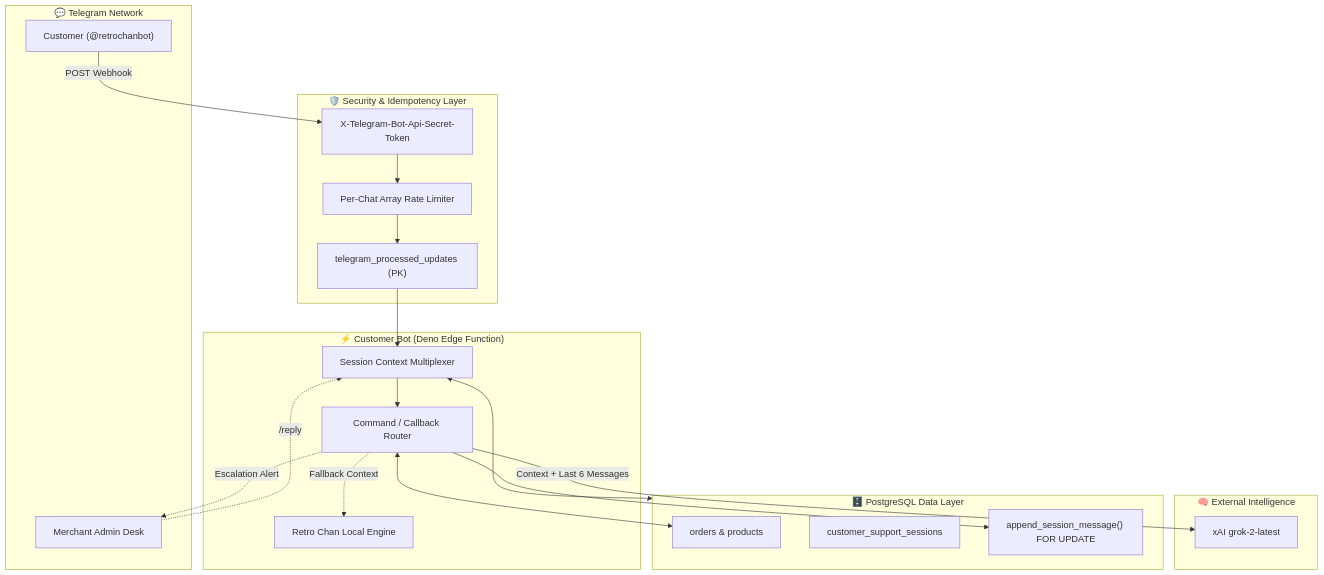
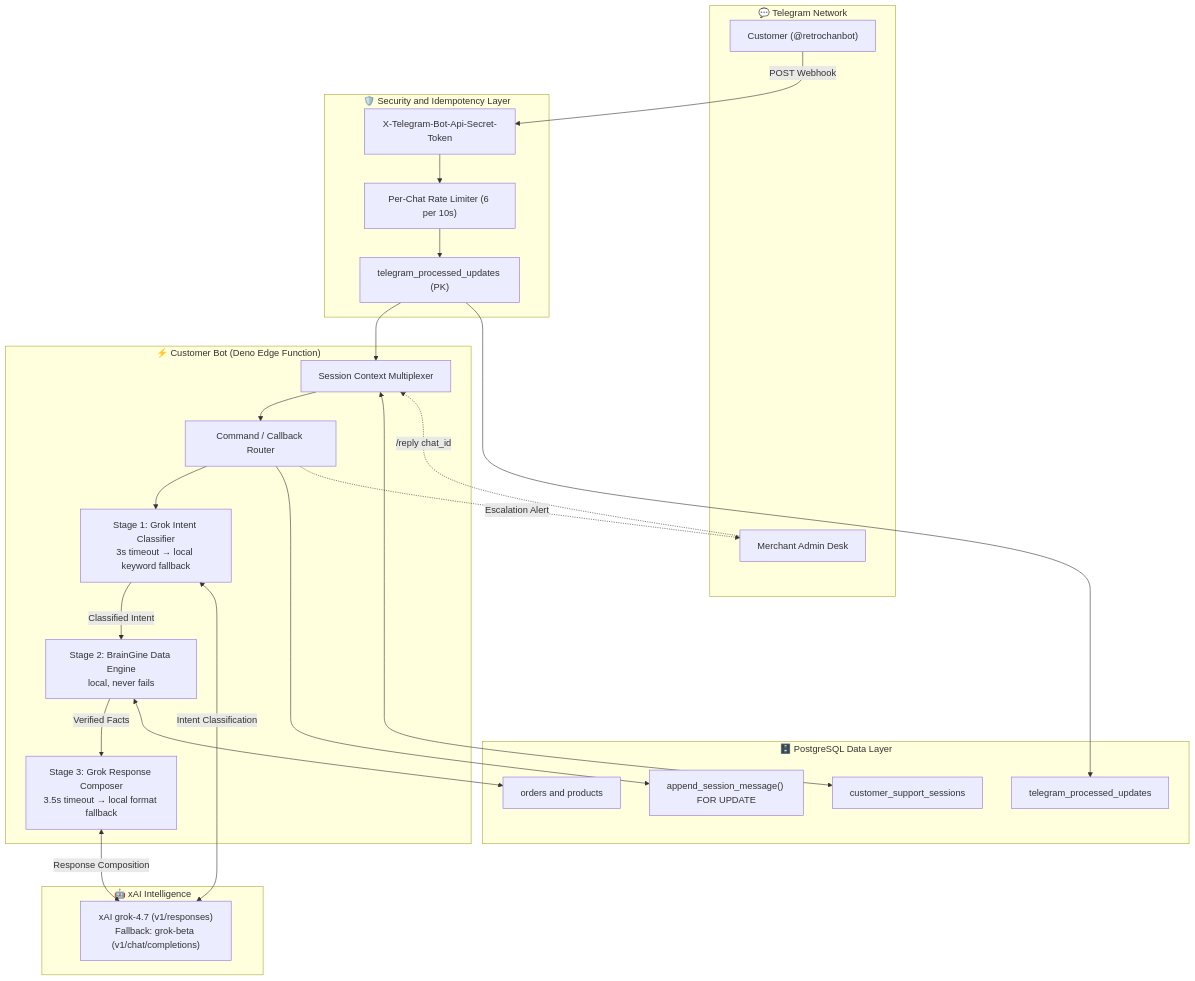
The diagram in supabase/functions/customer-bot/README.md (abirthe/retrohub), drawn with Mermaid before and after one commit. The commit also changed other lines of this file, not shown here.

Commit message:
docs: update customer-bot README to reflect Three-Stage AI Pipeline and Grok 4.7

````diff
--- a/supabase/functions/customer-bot/README.md
+++ b/supabase/functions/customer-bot/README.md
@@ -56,44 +56,48 @@
 ```mermaid
 graph TB
     subgraph Telegram["💬 Telegram Network"]
         Customer["Customer (@retrochanbot)"]
         Admin["Merchant Admin Desk"]
     end
 
-    subgraph Security["🛡️ Security & Idempotency Layer"]
+    subgraph Security["🛡️ Security and Idempotency Layer"]
         Webhook["X-Telegram-Bot-Api-Secret-Token"]
-        RateLimit["Per-Chat Array Rate Limiter"]
+        RateLimit["Per-Chat Rate Limiter (6 per 10s)"]
         Idempotent["telegram_processed_updates (PK)"]
     end
 
     subgraph BotEngine["⚡ Customer Bot (Deno Edge Function)"]
         SessionMux["Session Context Multiplexer"]
         Router["Command / Callback Router"]
-        Fallback["Retro Chan Local Engine"]
+        S1["Stage 1: Grok Intent Classifier\n3s timeout → local keyword fallback"]
+        S2["Stage 2: BrainGine Data Engine\nlocal, never fails"]
+        S3["Stage 3: Grok Response Composer\n3.5s timeout → local format fallback"]
     end
 
-    subgraph AI["🧠 External Intelligence"]
-        Grok["xAI grok-2-latest"]
+    subgraph AI["🤖 xAI Intelligence"]
+        Grok["xAI grok-4.7 (v1/responses)\nFallback: grok-beta (v1/chat/completions)"]
     end
 
     subgraph DB["🗄️ PostgreSQL Data Layer"]
-        Orders["orders & products"]
+        Orders["orders and products"]
         Sessions["customer_support_sessions"]
         RPC["append_session_message() FOR UPDATE"]
+        Updates["telegram_processed_updates"]
     end
 
     Customer -->|POST Webhook| Webhook
     Webhook --> RateLimit --> Idempotent
     Idempotent --> SessionMux
     SessionMux --> Router
-
-    Router -.->|Fallback Context| Fallback
-    Router -->|Context + Last 6 Messages| Grok
-
-    SessionMux <--> DB
-    Router <--> Orders
+    Router --> S1
+    S1 -->|Classified Intent| S2
+    S2 -->|Verified Facts| S3
+    S1 <-->|Intent Classification| Grok
+    S3 <-->|Response Composition| Grok
+    SessionMux <--> Sessions
+    S2 <--> Orders
     Router --> RPC
-
+    Idempotent --> Updates
     Router -.->|Escalation Alert| Admin
-    Admin -.->|/reply <chat_id>| SessionMux
+    Admin -.->|/reply chat_id| SessionMux
 ```
````
